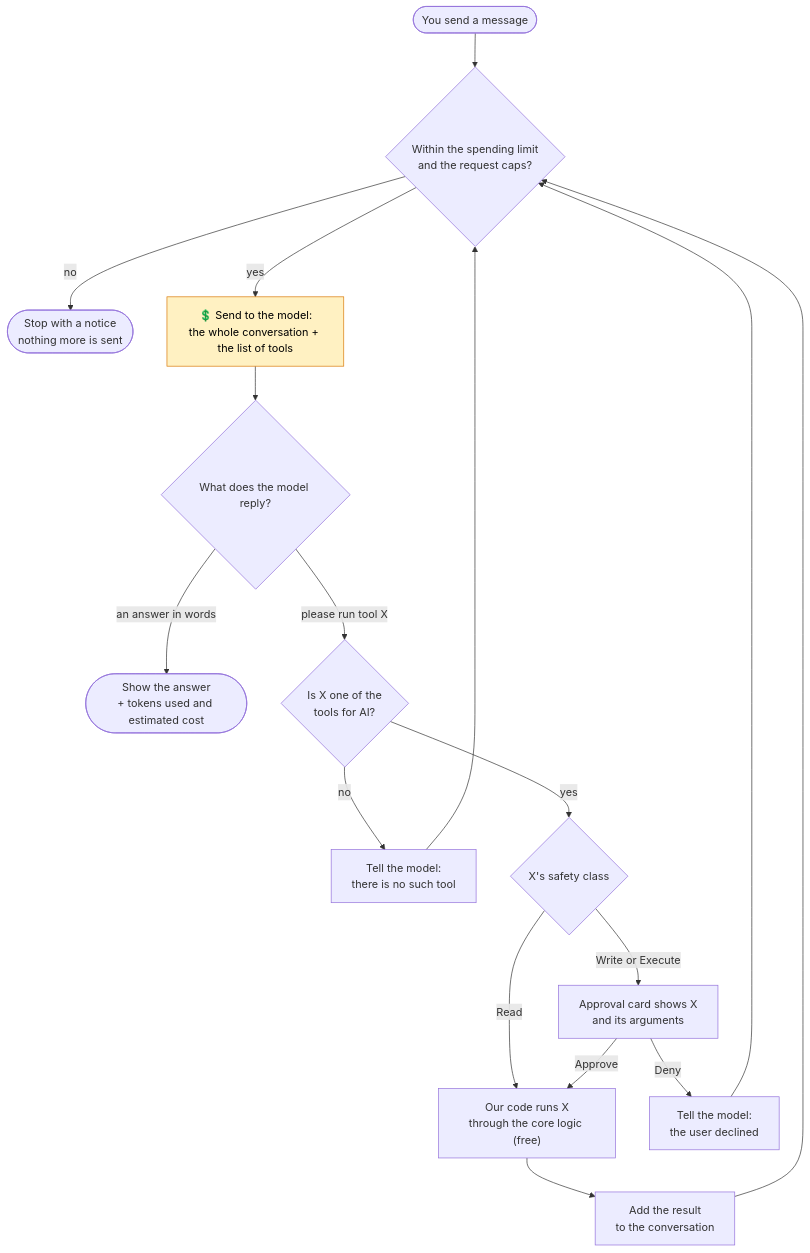
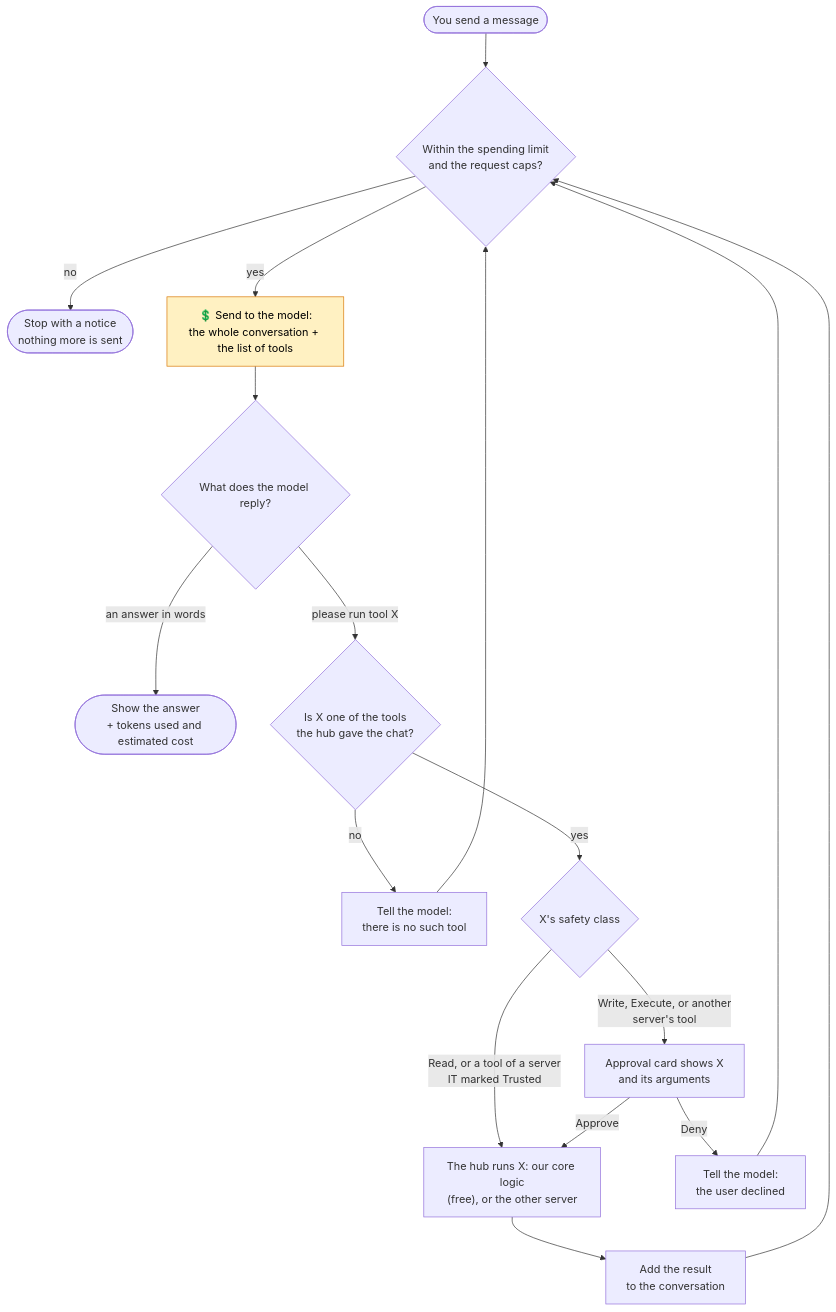
The fourth of 8 diagrams in docs/design.md (RelentlessOldMan/ChatbotAddonDemo), drawn with Mermaid before and after one commit. The commit also changed other lines of this file and 74 other files, not shown here.

First line of the commit message:
Add an MCP hub to the desktop app: one door for the chat, coding agents and other MCP servers

````diff
--- a/docs/design.md
+++ b/docs/design.md
@@ -254,22 +272,22 @@
 ```mermaid
 flowchart TD
     msg([You send a message]) --> check{"Within the spending limit<br/>and the request caps?"}
     check -- no --> halt(["Stop with a notice<br/>nothing more is sent"])
     check -- yes --> send["💲 Send to the model:<br/>the whole conversation + the list of tools"]
     send --> reply{"What does the model reply?"}
     reply -- "an answer in words" --> done(["Show the answer<br/>+ tokens used and estimated cost"])
-    reply -- "please run tool X" --> known{"Is X one of the<br/>tools for AI?"}
+    reply -- "please run tool X" --> known{"Is X one of the tools<br/>the hub gave the chat?"}
     known -- no --> nosuch["Tell the model:<br/>there is no such tool"]
     known -- yes --> safety{"X's safety class"}
-    safety -- Read --> run["Our code runs X<br/>through the core logic (free)"]
-    safety -- "Write or Execute" --> card["Approval card shows X<br/>and its arguments"]
+    safety -- "Read, or a tool of a server<br/>IT marked Trusted" --> run["The hub runs X: our core logic<br/>(free), or the other server"]
+    safety -- "Write, Execute, or another<br/>server's tool" --> card["Approval card shows X<br/>and its arguments"]
     card -- Approve --> run
     card -- Deny --> declined["Tell the model:<br/>the user declined"]
     run --> result["Add the result<br/>to the conversation"]
     result --> check
     nosuch --> check
     declined --> check
 
     classDef paid fill:#fff1c2,stroke:#d97706,color:#000
     class send paid
 ```
````
